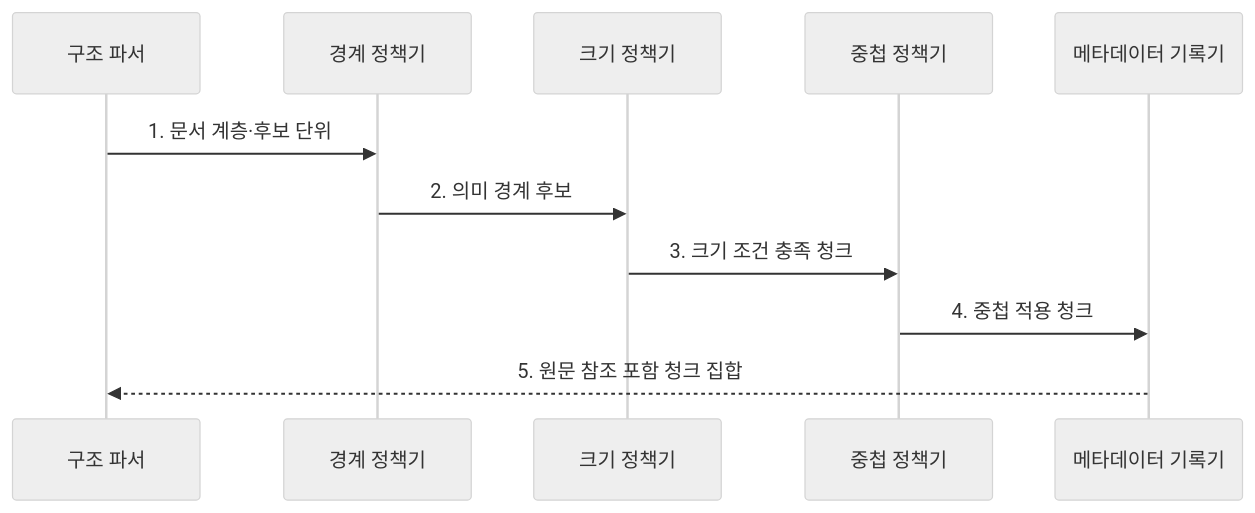
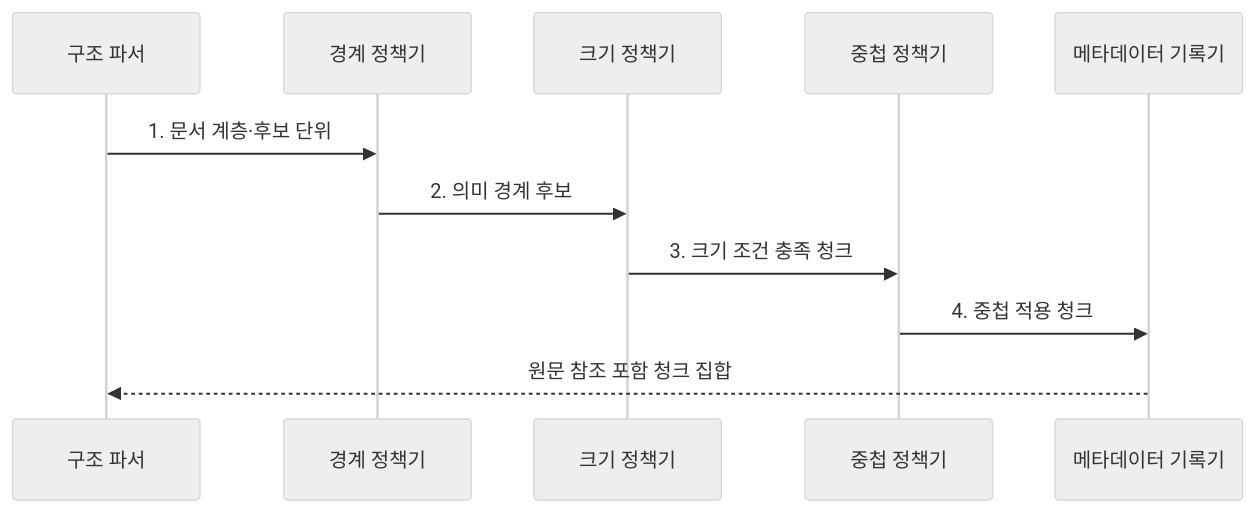
The second of 2 diagrams in src/content/docs/notes/08-latest-tech/077_chunking.md (agnusdei1207/knowledge-base), drawn with Mermaid (neutral theme) before and after one commit. The commit also changed other lines of this file and 225 other files, not shown here.

````diff
--- a/src/content/docs/notes/08-latest-tech/077_chunking.md
+++ b/src/content/docs/notes/08-latest-tech/077_chunking.md
@@ -79,13 +79,13 @@
 ```mermaid
 sequenceDiagram
   participant P as 구조 파서
   participant B as 경계 정책기
   participant S as 크기 정책기
   participant O as 중첩 정책기
   participant M as 메타데이터 기록기
   P->>B: 1. 문서 계층·후보 단위
   B->>S: 2. 의미 경계 후보
   S->>O: 3. 크기 조건 충족 청크
   O->>M: 4. 중첩 적용 청크
-  M-->>P: 5. 원문 참조 포함 청크 집합
+  M-->>P: 원문 참조 포함 청크 집합
 ```
````
